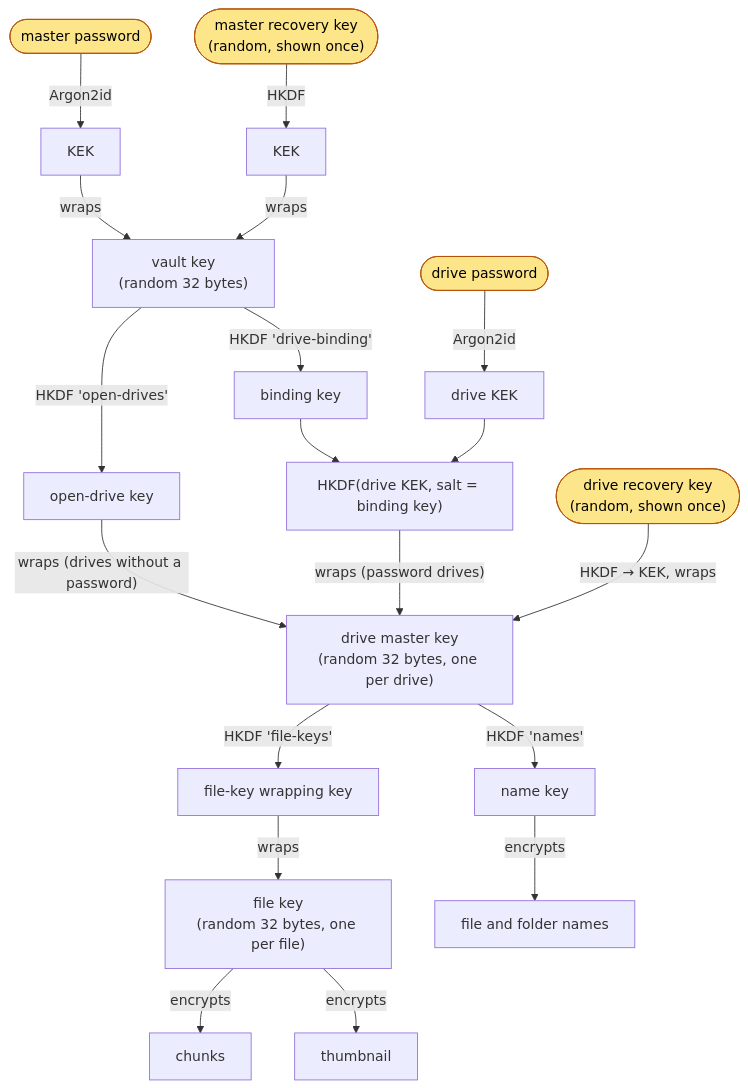
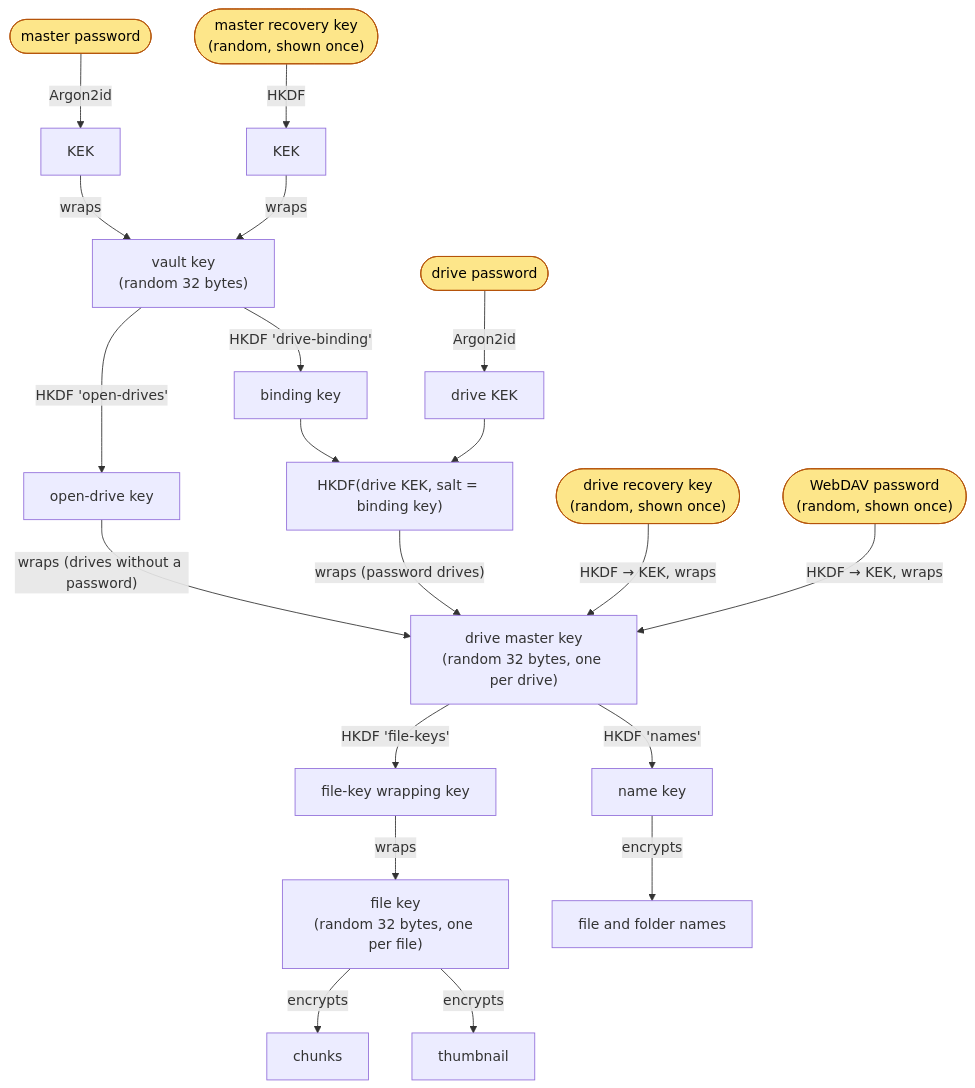
Before and after one commit to iusekarma/tgdrive: the diagram in docs/crypto.md, drawn with Mermaid. The commit also changed other lines of this file and 18 other files, not shown here.

First line of the commit message:
Add WebDAV access to drives

````diff
--- a/docs/crypto.md
+++ b/docs/crypto.md
@@ -18,31 +18,32 @@
 ```mermaid
 flowchart TD
     MP(["master password"]) -- Argon2id --> KEK1["KEK"]
     MRK(["master recovery key<br/>(random, shown once)"]) -- HKDF --> KEK2["KEK"]
     KEK1 -- wraps --> VK
     KEK2 -- wraps --> VK
     VK["vault key<br/>(random 32 bytes)"]
 
     VK -- "HKDF 'open-drives'" --> OK["open-drive key"]
     VK -- "HKDF 'drive-binding'" --> BK["binding key"]
 
     OK -- "wraps (drives without a password)" --> DMK
 
     DP(["drive password"]) -- Argon2id --> DKEK["drive KEK"]
     DKEK --> MIX["HKDF(drive KEK, salt = binding key)"]
     BK --> MIX
     MIX -- "wraps (password drives)" --> DMK
     DRK(["drive recovery key<br/>(random, shown once)"]) -- "HKDF → KEK, wraps" --> DMK
+    DAV(["WebDAV password<br/>(random, shown once)"]) -- "HKDF → KEK, wraps" --> DMK
 
     DMK["drive master key<br/>(random 32 bytes, one per drive)"]
     DMK -- "HKDF 'file-keys'" --> FW["file-key wrapping key"]
     DMK -- "HKDF 'names'" --> NK["name key"]
 
     FW -- "wraps" --> FK["file key<br/>(random 32 bytes, one per file)"]
     NK -- encrypts --> NAMES["file and folder names"]
     FK -- encrypts --> CH["chunks"]
     FK -- encrypts --> TH["thumbnail"]
 
     classDef secret fill:#fde68a,stroke:#b45309,color:#000;
-    class MP,MRK,DP,DRK secret;
+    class MP,MRK,DP,DRK,DAV secret;
 ```
````
